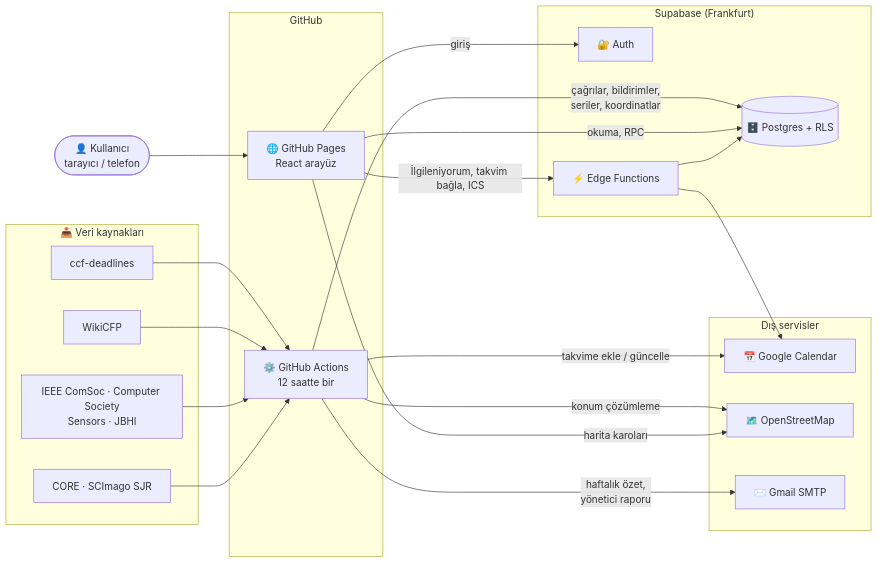
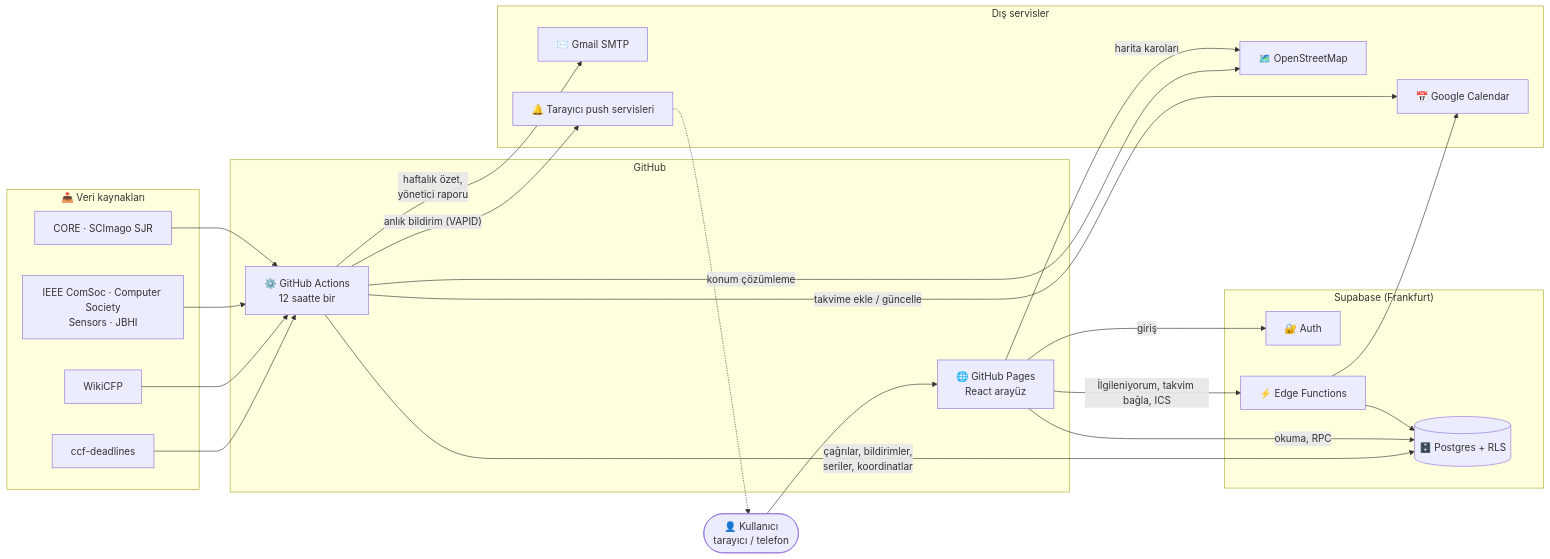
Before and after one commit to SafakSahinn/cfp-calendar: the first of 2 diagrams in docs/MIMARI.md, drawn with Mermaid. The commit also changed 20 other files, not shown here.

````diff
--- a/docs/MIMARI.md
+++ b/docs/MIMARI.md
@@ -7,41 +7,44 @@
 ```mermaid
 flowchart LR
   U(["👤 Kullanıcı<br/>tarayıcı / telefon"])
 
   subgraph SRC["📥 Veri kaynakları"]
     S1["ccf-deadlines"]
     S2["WikiCFP"]
     S3["IEEE ComSoc · Computer Society<br/>Sensors · JBHI"]
     S4["CORE · SCImago SJR"]
   end
 
   subgraph GH["GitHub"]
     P["🌐 GitHub Pages<br/>React arayüz"]
     A["⚙️ GitHub Actions<br/>12 saatte bir"]
   end
 
   subgraph SB["Supabase (Frankfurt)"]
     AUTH["🔐 Auth"]
     DB[("🗄️ Postgres + RLS")]
     F["⚡ Edge Functions"]
   end
 
   subgraph EXT["Dış servisler"]
     G["📅 Google Calendar"]
     OSM["🗺️ OpenStreetMap"]
     M["✉️ Gmail SMTP"]
+    WP["🔔 Tarayıcı push servisleri"]
   end
 
   S1 & S2 & S3 & S4 --> A
   A -- "çağrılar, bildirimler,<br/>seriler, koordinatlar" --> DB
   A -- "konum çözümleme" --> OSM
   A -- "takvime ekle / güncelle" --> G
   A -- "haftalık özet,<br/>yönetici raporu" --> M
+  A -- "anlık bildirim (VAPID)" --> WP
+  WP -.-> U
   U --> P
   P -- "giriş" --> AUTH
   P -- "okuma, RPC" --> DB
   P -- "İlgileniyorum, takvim bağla, ICS" --> F
   P -- "harita karoları" --> OSM
   F --> G
   F --> DB
 ```
````
